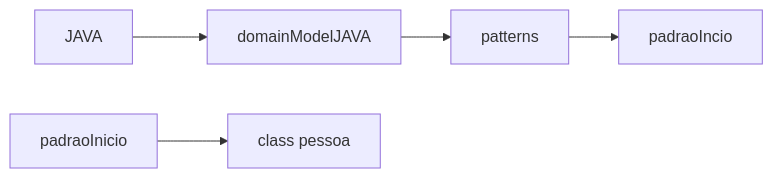
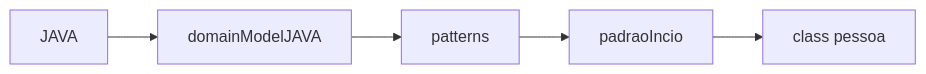
Before and after one commit to HamiltonVentura/MapperIdea: the third of 3 diagrams in mapeando-codigo.md, drawn with Mermaid. The commit also changed other lines of this file, not shown here.

````diff
--- a/mapeando-codigo.md
+++ b/mapeando-codigo.md
@@ -37,7 +37,7 @@
  ```mermaid
 flowchart LR
      JAVA --> domainModelJAVA;
      domainModelJAVA --> patterns;
      patterns --> padraoIncio;
-     padraoInicio --> B["class pessoa"];
+     padraoIncio --> B["class pessoa"];
 ```
````
